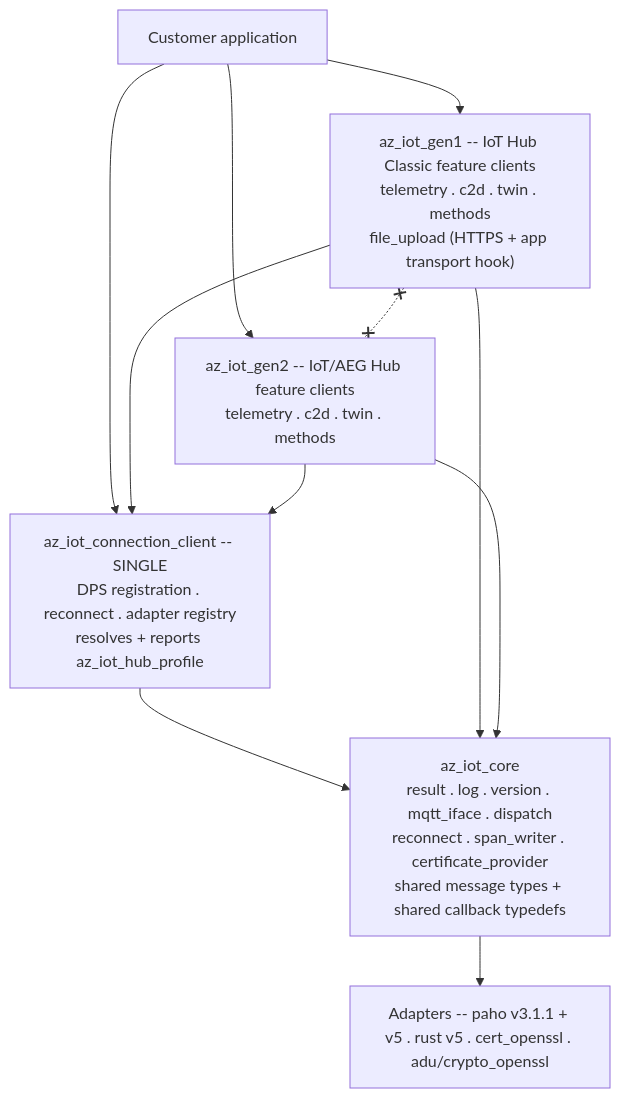
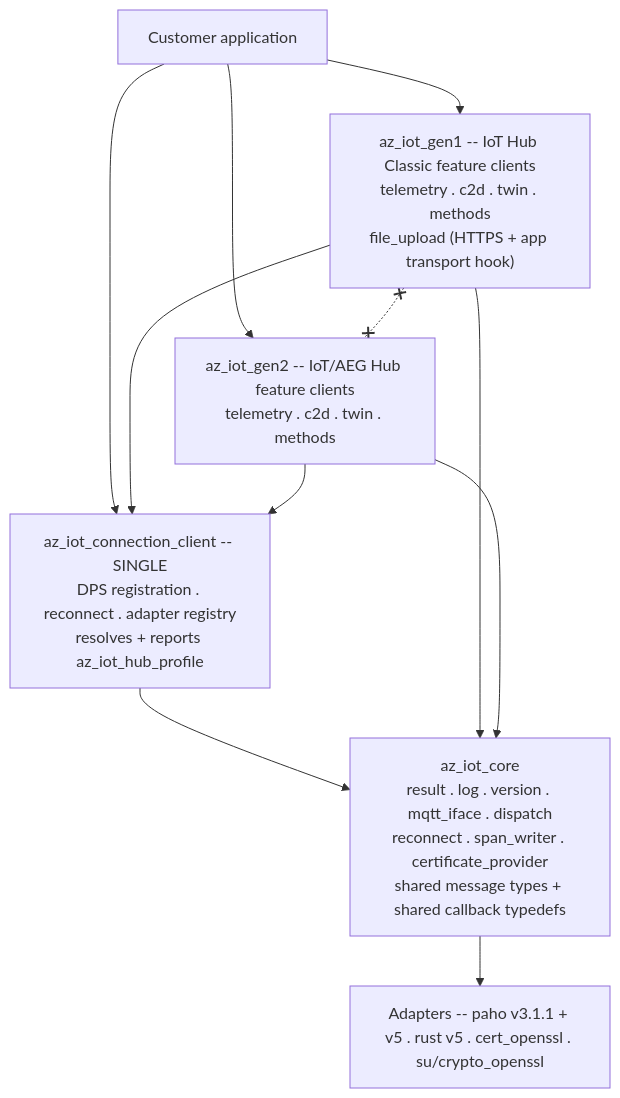
Before and after one commit to Azure/azure-iot-sdk: the first of 2 diagrams in c/docs/eng/client-separation.md, drawn with Mermaid. The commit also changed other lines of this file and 144 other files, not shown here.

````diff
--- a/c/docs/eng/client-separation.md
+++ b/c/docs/eng/client-separation.md
@@ -412,20 +412,20 @@
 ```mermaid
 flowchart TB
     APP["Customer application"]
     G1["az_iot_gen1 -- IoT Hub Classic feature clients<br/>telemetry . c2d . twin . methods<br/>file_upload (HTTPS + app transport hook)"]
     G2["az_iot_gen2 -- IoT/AEG Hub feature clients<br/>telemetry . c2d . twin . methods"]
     CONN["az_iot_connection_client -- SINGLE<br/>DPS registration . reconnect . adapter registry<br/>resolves + reports az_iot_hub_profile"]
     CORE["az_iot_core<br/>result . log . version . mqtt_iface . dispatch<br/>reconnect . span_writer . certificate_provider<br/>shared message types + shared callback typedefs"]
-    ADAPT["Adapters -- paho v3.1.1 + v5 . rust v5 . cert_openssl . adu/crypto_openssl"]
+    ADAPT["Adapters -- paho v3.1.1 + v5 . rust v5 . cert_openssl . su/crypto_openssl"]
 
     APP --> G1
     APP --> G2
     APP --> CONN
     G1 --> CONN
     G2 --> CONN
     CONN --> CORE
     G1 --> CORE
     G2 --> CORE
     CORE --> ADAPT
     G1 x-.-x G2
 ```
````
